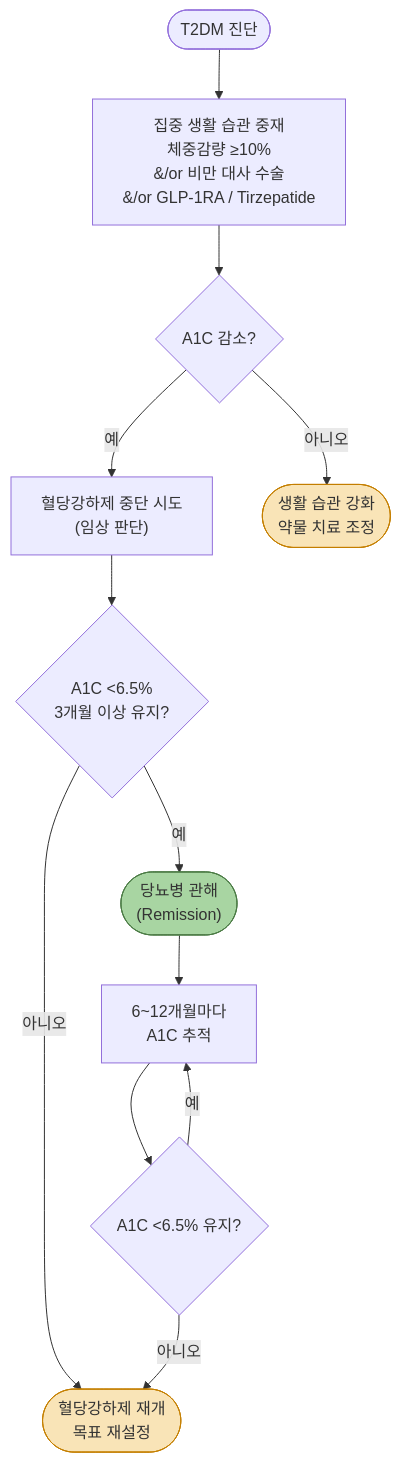
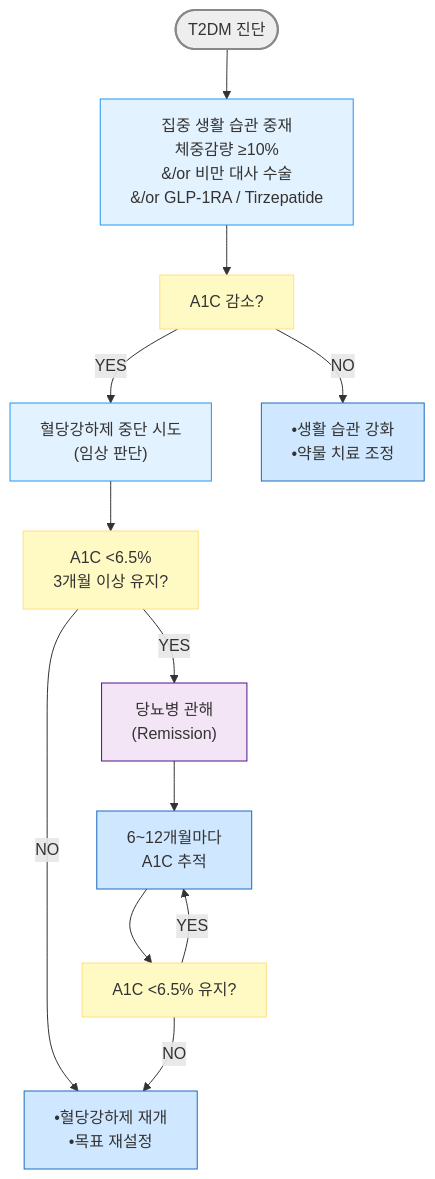
Before and after one commit to familyoh77/familyoh77: the second of 4 diagrams in 226_/100_-diabetes-mellitus.md, drawn with Mermaid. The commit also changed other lines of this file, not shown here.

````diff
--- a/226_/100_-diabetes-mellitus.md
+++ b/226_/100_-diabetes-mellitus.md
@@ -558,18 +558,23 @@
 ```mermaid
 graph TD
     A(["T2DM 진단"]) --> B["집중 생활 습관 중재<br/>체중감량 ≥10%<br/>&/or 비만 대사 수술<br/>&/or GLP-1RA / Tirzepatide"]
-    B --> C{"A1C 감소?"}
-    C -->|예| D["혈당강하제 중단 시도<br/>(임상 판단)"]
-    D --> E{"A1C &lt;6.5%<br/>3개월 이상 유지?"}
-    E -->|예| F(["당뇨병 관해<br/>(Remission)"])
-    E -->|아니오| G(["혈당강하제 재개<br/>목표 재설정"])
+    B --> C["A1C 감소?"]
+    C -->|YES| D["혈당강하제 중단 시도<br/>(임상 판단)"]
+    D --> E["A1C &lt;6.5%<br/>3개월 이상 유지?"]
+    E -->|YES| F["당뇨병 관해<br/>(Remission)"]
+    E -->|NO| G["•혈당강하제 재개<br/>•목표 재설정"]
     F --> H["6~12개월마다<br/>A1C 추적"]
-    H --> I{"A1C &lt;6.5% 유지?"}
-    I -->|예| H
-    I -->|아니오| G
-    C -->|아니오| J(["생활 습관 강화<br/>약물 치료 조정"])
+    H --> I["A1C &lt;6.5% 유지?"]
+    I -->|YES| H
+    I -->|NO| G
+    C -->|NO| J["•생활 습관 강화<br/>•약물 치료 조정"]
 
-    style F fill:#a8d5a2,stroke:#4a7a44
-    style G fill:#f9e4b7,stroke:#c47f00
-    style J fill:#f9e4b7,stroke:#c47f00
+style A fill:#eeeeee,stroke:#888888,stroke-width:2px
+classDef sky fill:#e3f2ff,stroke:#2196f3
+class B,D sky
+classDef yellow fill:#fff9c4,stroke:#ffe082
+class C,I,E yellow
+classDef blue fill:#d0e8ff,stroke:#1a6abf
+class J,H,G blue
+style F fill:#f3e5f5,stroke:#4a148c
 ```
````
